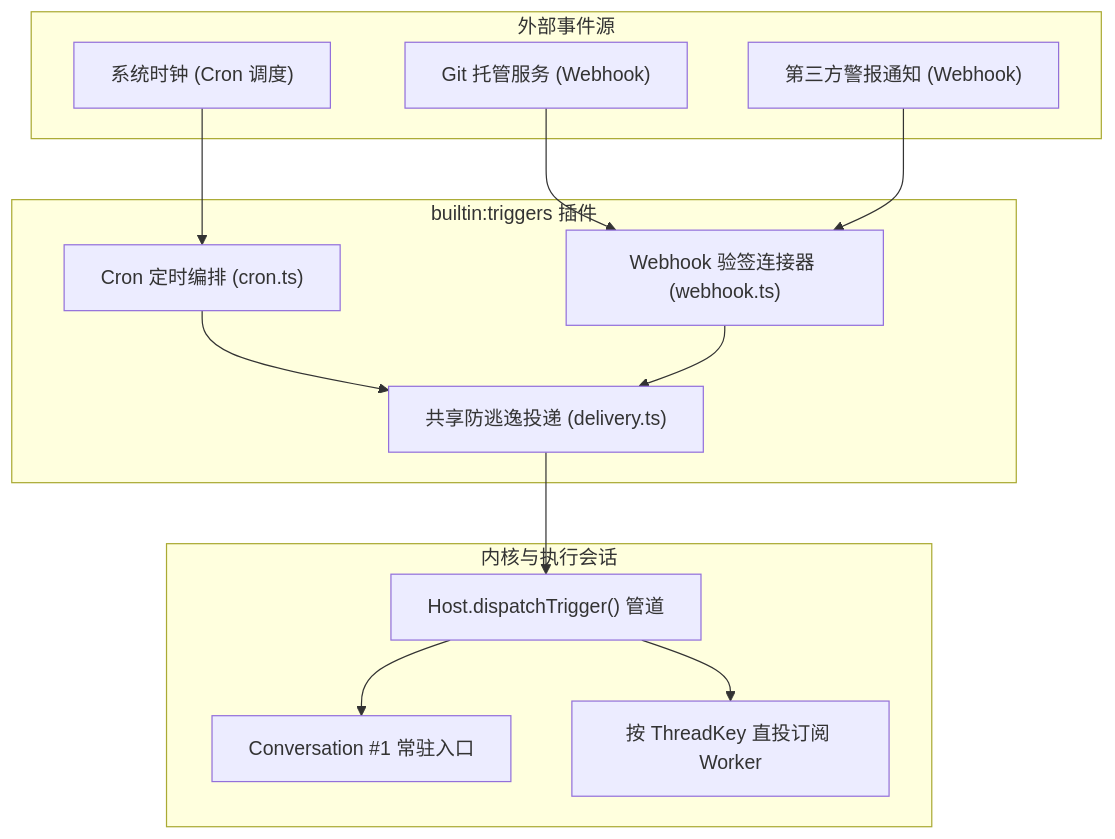
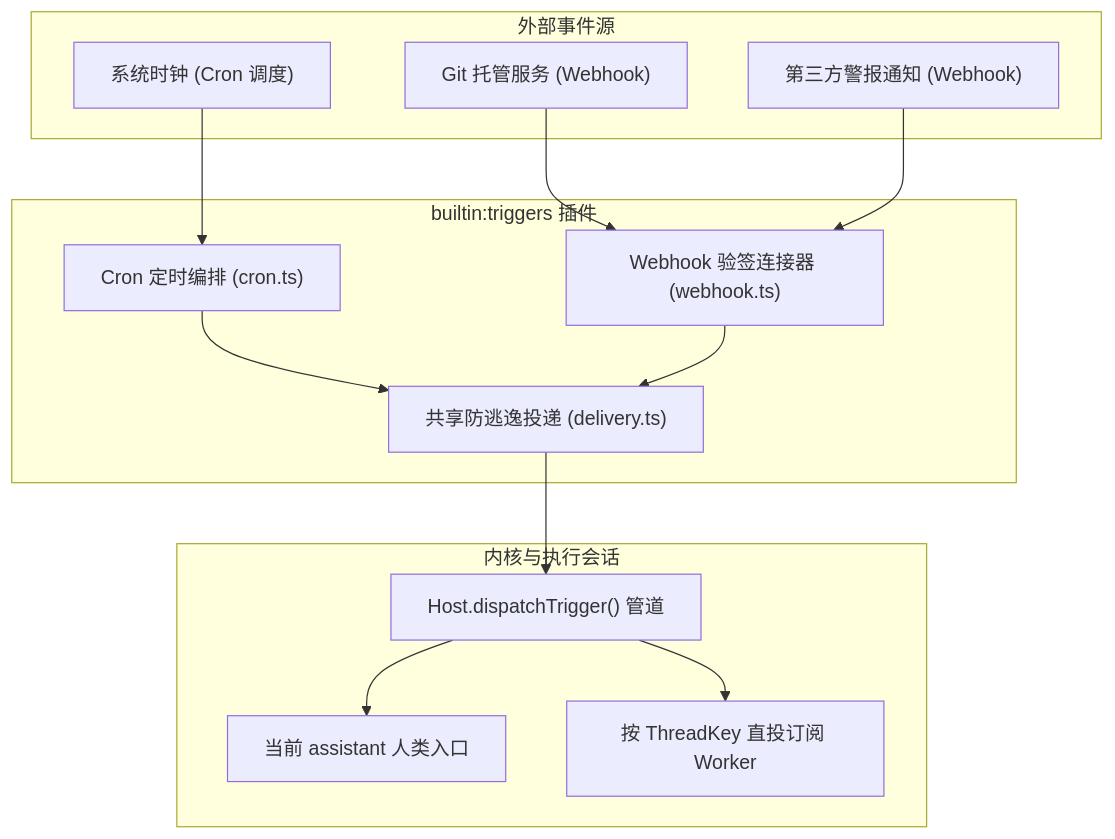
Before and after one commit to team4u/helm: the first of 2 diagrams in docs/plugins/triggers.md, drawn with Mermaid. The commit also changed other lines of this file and 40 other files, not shown here.

````diff
--- a/docs/plugins/triggers.md
+++ b/docs/plugins/triggers.md
@@ -13,29 +13,29 @@
 ```mermaid
 flowchart TD
     subgraph External["外部事件源"]
         Clock["系统时钟 (Cron 调度)"]
         GitService["Git 托管服务 (Webhook)"]
         AlertService["第三方警报通知 (Webhook)"]
     end
 
     subgraph TriggersPlugin["builtin:triggers 插件"]
         CronModule["Cron 定时编排 (cron.ts)"]
         WebhookModule["Webhook 验签连接器 (webhook.ts)"]
         Delivery["共享防逃逸投递 (delivery.ts)"]
     end
 
     subgraph Core["内核与执行会话"]
         Pipeline["Host.dispatchTrigger() 管道"]
-        RootConv["Conversation #1 常驻入口"]
+        RootConv["当前 assistant 人类入口"]
         WorkerConv["按 ThreadKey 直投订阅 Worker"]
     end
 
     Clock --> CronModule
     GitService --> WebhookModule
     AlertService --> WebhookModule
     CronModule --> Delivery
     WebhookModule --> Delivery
     Delivery --> Pipeline
     Pipeline --> RootConv
     Pipeline --> WorkerConv
 ```
````
